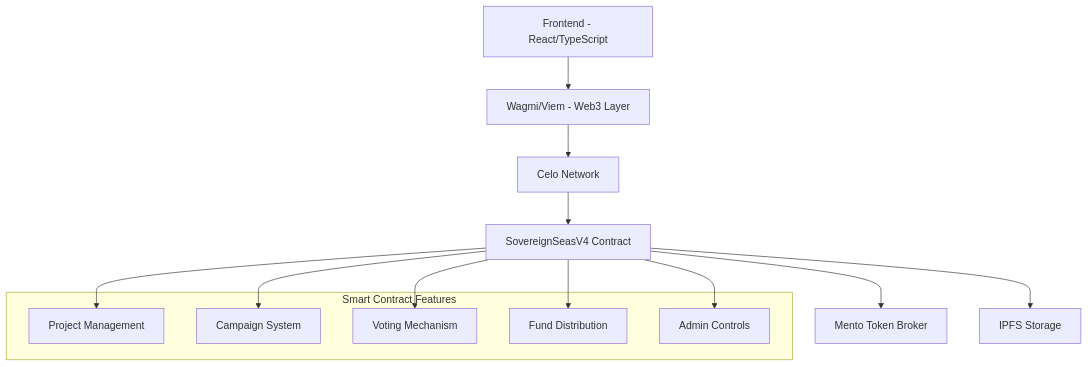
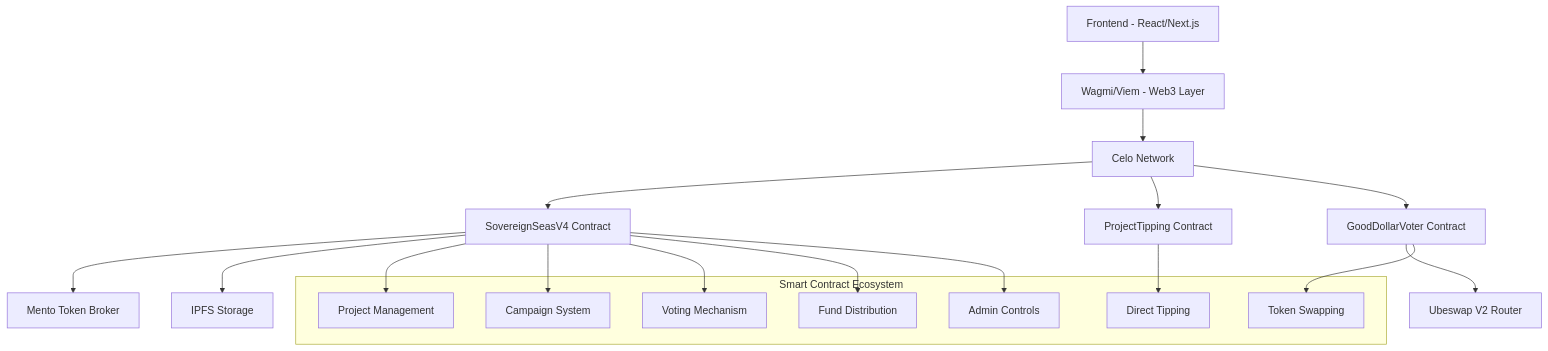
Before and after one commit to Olisehgenesis/sovereign-seas: the diagram in readme.md, drawn with Mermaid. The commit also changed other lines of this file, not shown here.

````diff
--- a/readme.md
+++ b/readme.md
@@ -41,22 +64,29 @@
 ```mermaid
 graph TD
-    A[Frontend - React/TypeScript] --> B[Wagmi/Viem - Web3 Layer]
+    A[Frontend - React/Next.js] --> B[Wagmi/Viem - Web3 Layer]
     B --> C[Celo Network]
     C --> D[SovereignSeasV4 Contract]
-    D --> E[Mento Token Broker]
-    D --> F[IPFS Storage]
+    C --> E[ProjectTipping Contract]
+    C --> F[GoodDollarVoter Contract]
+    D --> G[Mento Token Broker]
+    F --> H[Ubeswap V2 Router]
+    D --> I[IPFS Storage]
     
-    subgraph "Smart Contract Features"
-        G[Project Management]
-        H[Campaign System]
-        I[Voting Mechanism]
-        J[Fund Distribution]
-        K[Admin Controls]
+    subgraph "Smart Contract Ecosystem"
+        J[Project Management]
+        K[Campaign System]
+        L[Voting Mechanism]
+        M[Fund Distribution]
+        N[Direct Tipping]
+        O[Token Swapping]
+        P[Admin Controls]
     end
     
-    D --> G
-    D --> H
-    D --> I
     D --> J
     D --> K
+    D --> L
+    D --> M
+    D --> P
+    E --> N
+    F --> O
 ```
````
